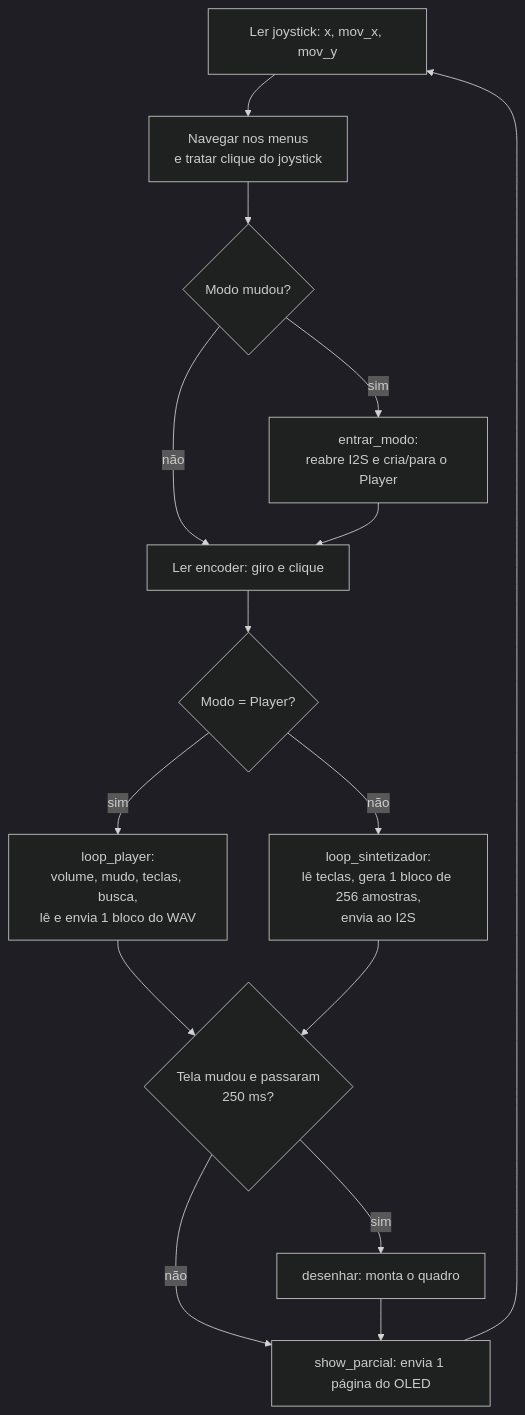
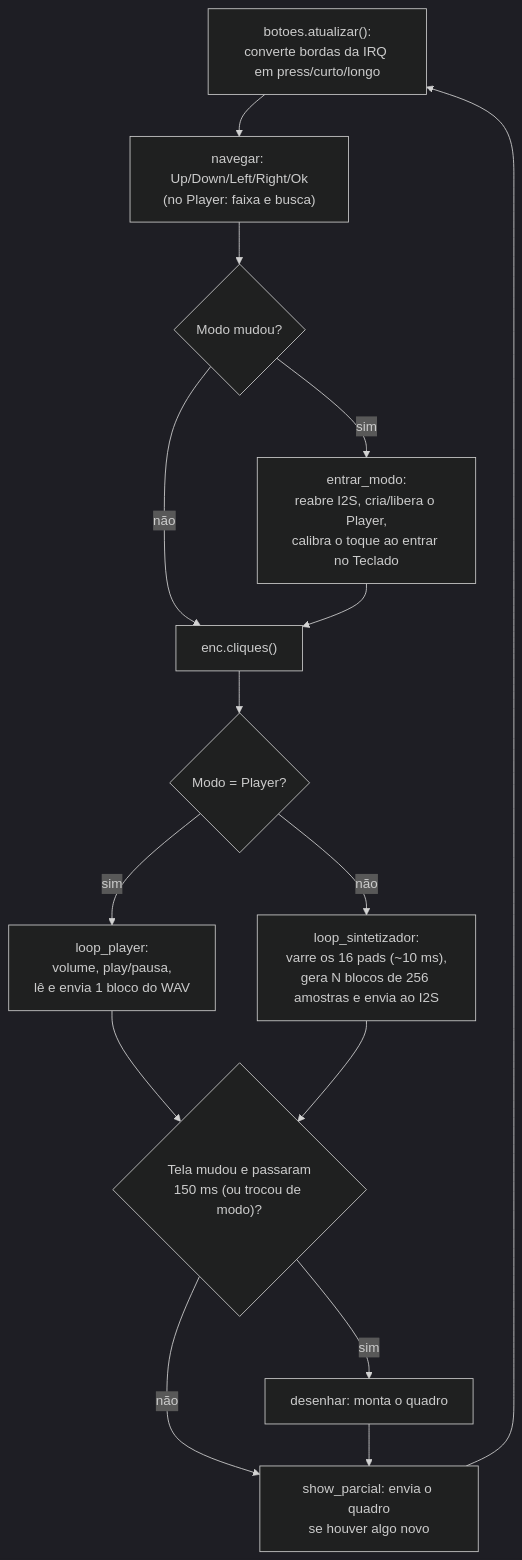
Before and after one commit to palo-lord/RaspHarmony: the second of 3 diagrams in README.md, drawn with Mermaid (dark theme). The commit also changed other lines of this file, not shown here.

````diff
--- a/README.md
+++ b/README.md
@@ -362,17 +303,17 @@
 ```mermaid
 flowchart TD
-    A["Ler joystick: x, mov_x, mov_y"] --> B["Navegar nos menus<br/>e tratar clique do joystick"]
+    A["botoes.atualizar():<br/>converte bordas da IRQ em press/curto/longo"] --> B["navegar: Up/Down/Left/Right/Ok<br/>(no Player: faixa e busca)"]
     B --> C{"Modo mudou?"}
-    C -- sim --> D["entrar_modo:<br/>reabre I2S e cria/para o Player"]
+    C -- sim --> D["entrar_modo:<br/>reabre I2S, cria/libera o Player,<br/>calibra o toque ao entrar no Teclado"]
     C -- não --> E
-    D --> E["Ler encoder: giro e clique"]
+    D --> E["enc.cliques()"]
     E --> F{"Modo = Player?"}
-    F -- sim --> G["loop_player:<br/>volume, mudo, teclas, busca,<br/>lê e envia 1 bloco do WAV"]
-    F -- não --> H["loop_sintetizador:<br/>lê teclas, gera 1 bloco de 256 amostras,<br/>envia ao I2S"]
+    F -- sim --> G["loop_player:<br/>volume, play/pausa,<br/>lê e envia 1 bloco do WAV"]
+    F -- não --> H["loop_sintetizador:<br/>varre os 16 pads (~10 ms),<br/>gera N blocos de 256 amostras e envia ao I2S"]
     G --> I
-    H --> I{"Tela mudou e passaram<br/>250 ms?"}
+    H --> I{"Tela mudou e passaram<br/>150 ms (ou trocou de modo)?"}
     I -- sim --> J["desenhar: monta o quadro"]
     I -- não --> K
-    J --> K["show_parcial: envia 1 página do OLED"]
+    J --> K["show_parcial: envia o quadro<br/>se houver algo novo"]
     K --> A
 ```
````
